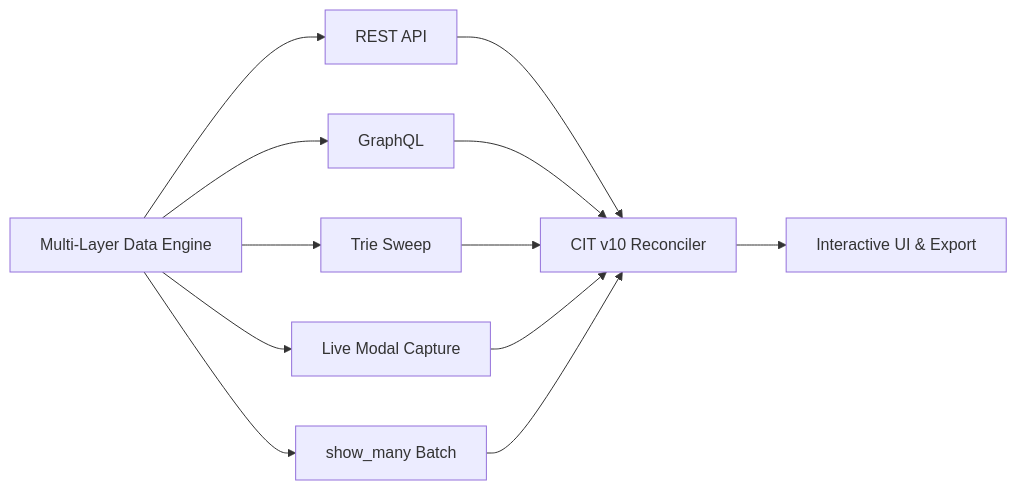
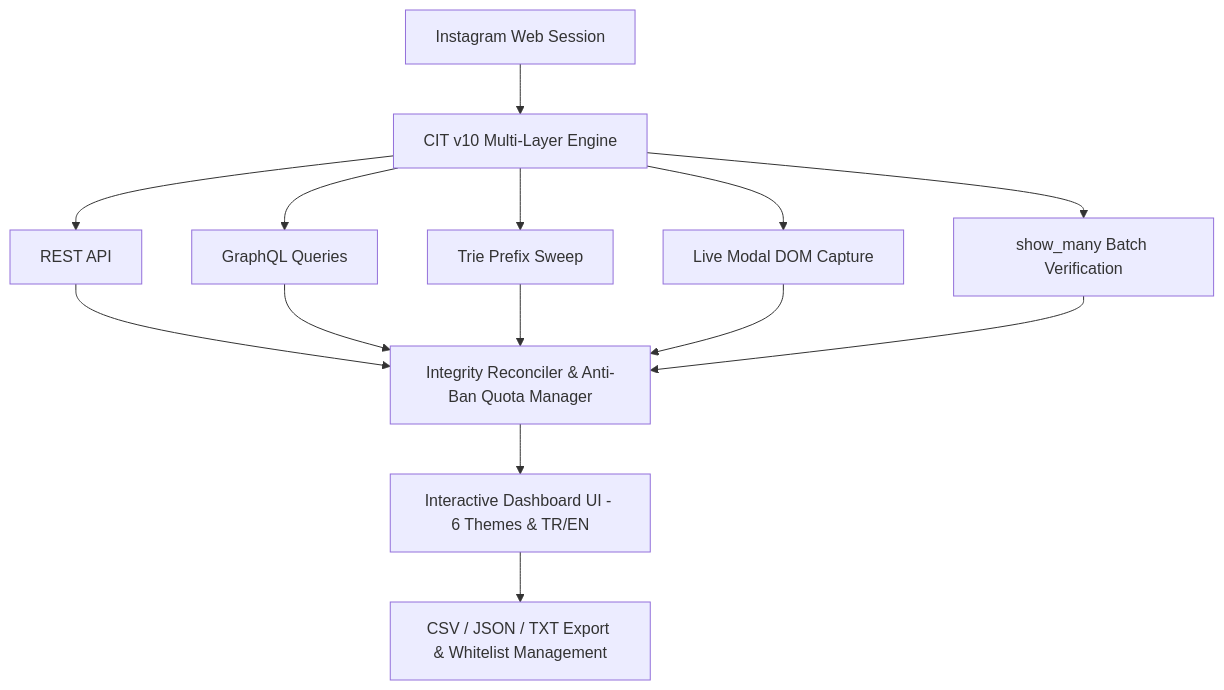
The diagram in README.md (halukcansarioz/Instagram-Follow-Checker-Pro), drawn with Mermaid before and after one commit. The commit also changed other lines of this file, not shown here.

````diff
--- a/README.md
+++ b/README.md
@@ -27,10 +40,12 @@
 ```mermaid
-flowchart LR
-    A[Multi-Layer Data Engine] --> B1[REST API]
-    A --> B2[GraphQL]
-    A --> B3[Trie Sweep]
-    A --> B4[Live Modal Capture]
-    A --> B5[show_many Batch]
-    B1 & B2 & B3 & B4 & B5 --> C[CIT v10 Reconciler]
-    C --> D[Interactive UI & Export]
+flowchart TD
+    A[Instagram Web Session] --> B[CIT v10 Multi-Layer Engine]
+    B --> C1[REST API]
+    B --> C2[GraphQL Queries]
+    B --> C3[Trie Prefix Sweep]
+    B --> C4[Live Modal DOM Capture]
+    B --> C5[show_many Batch Verification]
+    C1 & C2 & C3 & C4 & C5 --> D[Integrity Reconciler & Anti-Ban Quota Manager]
+    D --> E[Interactive Dashboard UI - 6 Themes & TR/EN]
+    E --> F[CSV / JSON / TXT Export & Whitelist Management]
 ```
````
